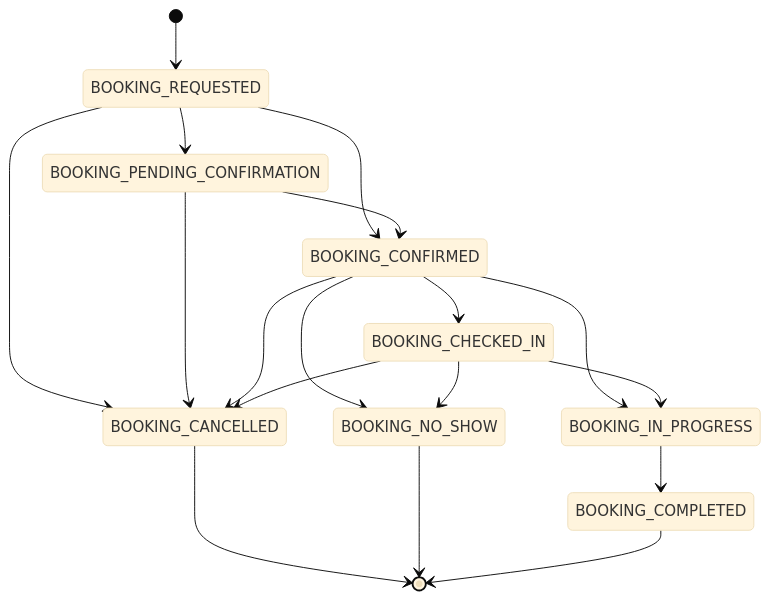
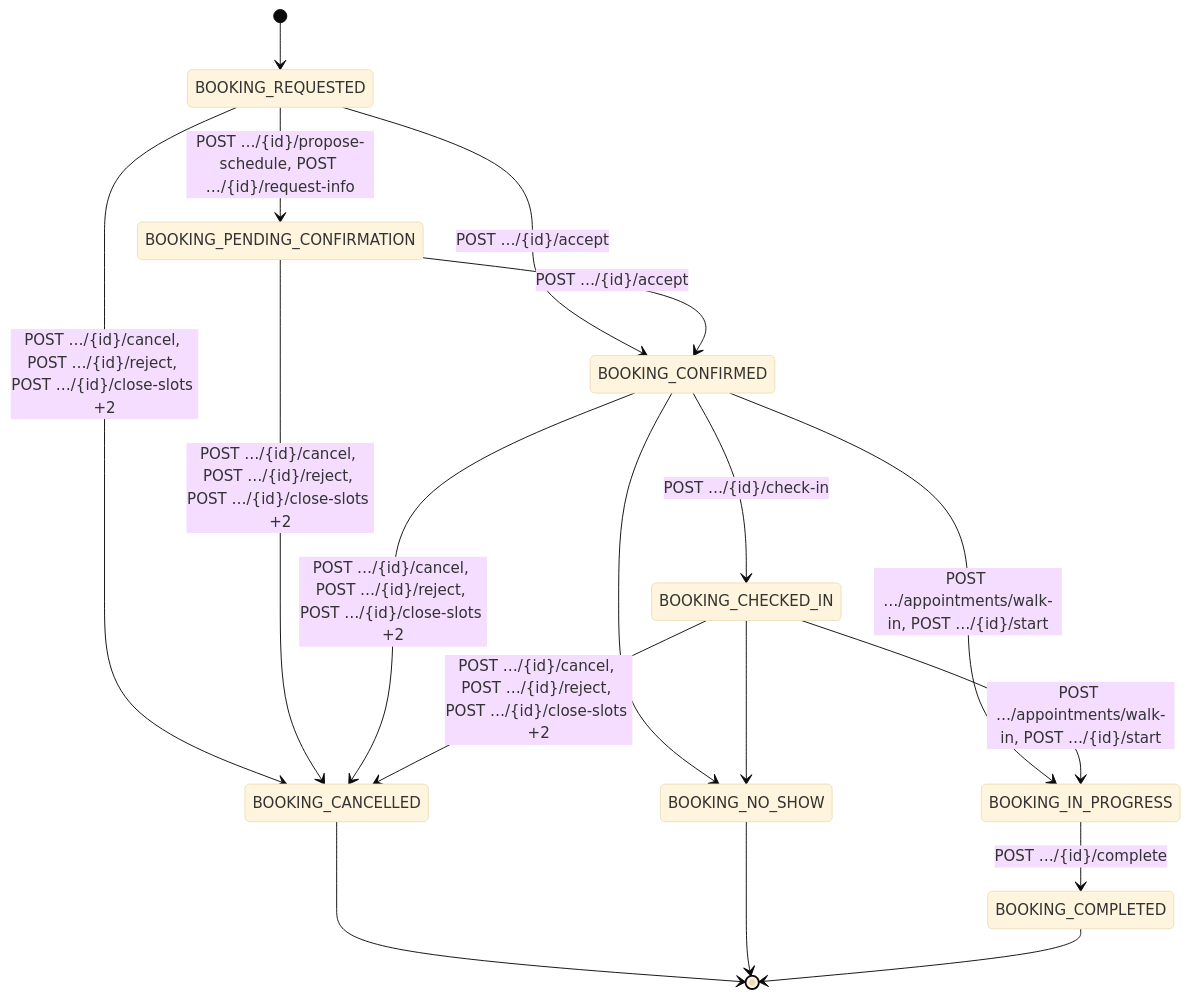
The fifth of 58 diagrams in docs/inventario/flujos/scheduling.md (mdavila-2001/mantra-core-health-api), drawn with Mermaid (base theme) before and after one commit. The commit also changed other lines of this file and 252 other files, not shown here.

````diff
--- a/docs/inventario/flujos/scheduling.md
+++ b/docs/inventario/flujos/scheduling.md
@@ -825,20 +825,20 @@
 ```mermaid
 stateDiagram-v2
   [*] --> BOOKING_REQUESTED
-  BOOKING_REQUESTED --> BOOKING_PENDING_CONFIRMATION
-  BOOKING_REQUESTED --> BOOKING_CONFIRMED
-  BOOKING_REQUESTED --> BOOKING_CANCELLED
-  BOOKING_PENDING_CONFIRMATION --> BOOKING_CONFIRMED
-  BOOKING_PENDING_CONFIRMATION --> BOOKING_CANCELLED
-  BOOKING_CONFIRMED --> BOOKING_CHECKED_IN
-  BOOKING_CONFIRMED --> BOOKING_IN_PROGRESS
-  BOOKING_CONFIRMED --> BOOKING_CANCELLED
+  BOOKING_REQUESTED --> BOOKING_PENDING_CONFIRMATION : POST …/{id}/propose-schedule, POST …/{id}/request-info
+  BOOKING_REQUESTED --> BOOKING_CONFIRMED : POST …/{id}/accept
+  BOOKING_REQUESTED --> BOOKING_CANCELLED : POST …/{id}/cancel, POST …/{id}/reject, POST …/{id}/close-slots +2
+  BOOKING_PENDING_CONFIRMATION --> BOOKING_CONFIRMED : POST …/{id}/accept
+  BOOKING_PENDING_CONFIRMATION --> BOOKING_CANCELLED : POST …/{id}/cancel, POST …/{id}/reject, POST …/{id}/close-slots +2
+  BOOKING_CONFIRMED --> BOOKING_CHECKED_IN : POST …/{id}/check-in
+  BOOKING_CONFIRMED --> BOOKING_IN_PROGRESS : POST …/appointments/walk-in, POST …/{id}/start
+  BOOKING_CONFIRMED --> BOOKING_CANCELLED : POST …/{id}/cancel, POST …/{id}/reject, POST …/{id}/close-slots +2
   BOOKING_CONFIRMED --> BOOKING_NO_SHOW
-  BOOKING_CHECKED_IN --> BOOKING_IN_PROGRESS
-  BOOKING_CHECKED_IN --> BOOKING_CANCELLED
+  BOOKING_CHECKED_IN --> BOOKING_IN_PROGRESS : POST …/appointments/walk-in, POST …/{id}/start
+  BOOKING_CHECKED_IN --> BOOKING_CANCELLED : POST …/{id}/cancel, POST …/{id}/reject, POST …/{id}/close-slots +2
   BOOKING_CHECKED_IN --> BOOKING_NO_SHOW
-  BOOKING_IN_PROGRESS --> BOOKING_COMPLETED
+  BOOKING_IN_PROGRESS --> BOOKING_COMPLETED : POST …/{id}/complete
   BOOKING_CANCELLED --> [*]
   BOOKING_NO_SHOW --> [*]
   BOOKING_COMPLETED --> [*]
 ```
````
